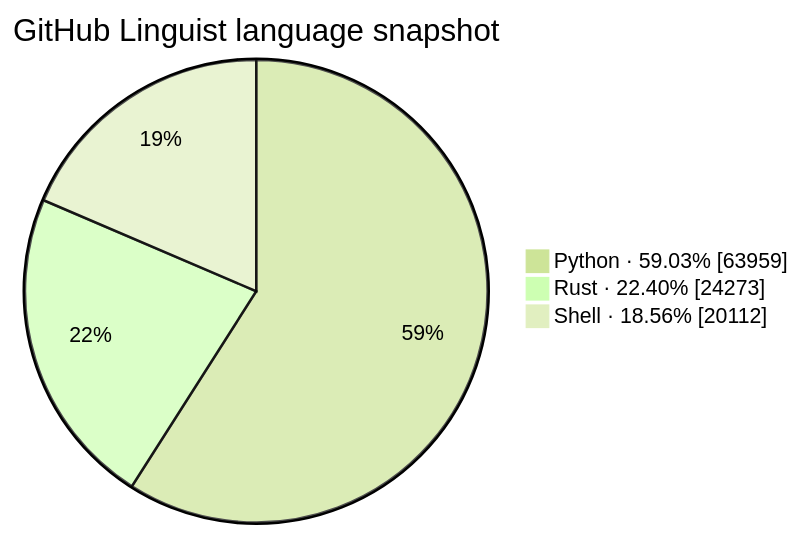
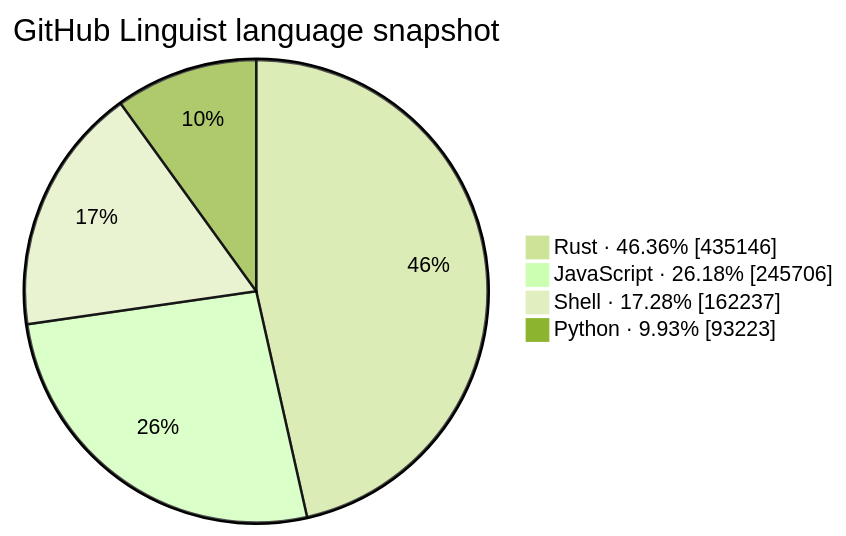
The second of 4 diagrams in README.md (smthdagg/wificalling-location-gateway), drawn with Mermaid (forest theme) before and after one commit. The commit also changed other lines of this file and 1 other file, not shown here.

````diff
--- a/README.md
+++ b/README.md
@@ -263,7 +268,8 @@
 ```mermaid
 pie showData
     title GitHub Linguist language snapshot
-    "Python · 59.03%" : 63959
-    "Rust · 22.40%" : 24273
-    "Shell · 18.56%" : 20112
+    "Rust · 46.36%" : 435146
+    "JavaScript · 26.18%" : 245706
+    "Shell · 17.28%" : 162237
+    "Python · 9.93%" : 93223
 ```
````
